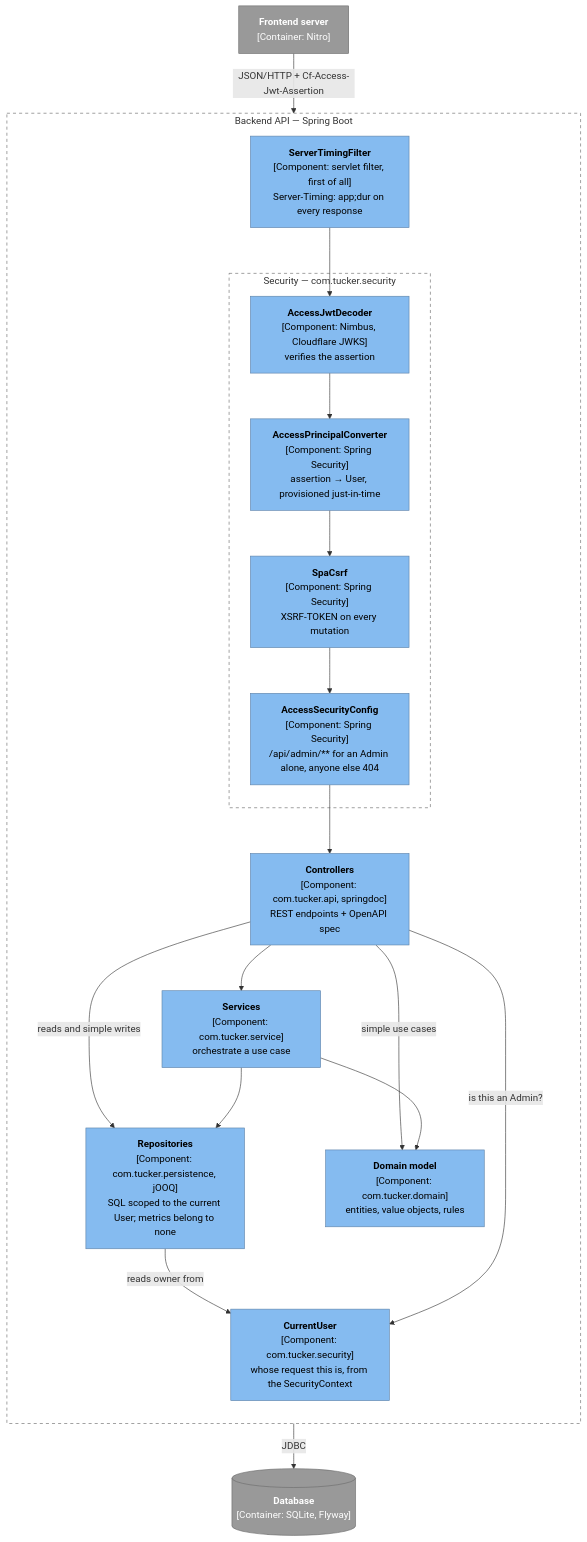
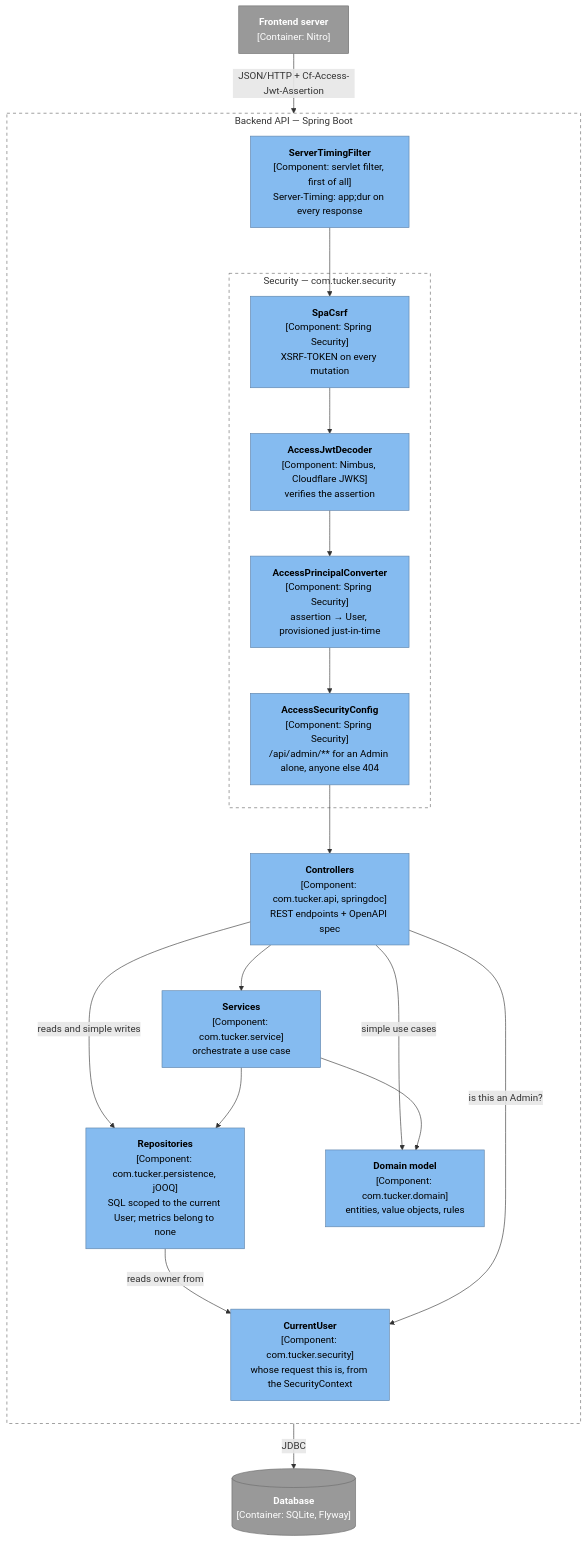
One commit to skrymer/tucker changed the fourth of 10 diagrams in docs/architecture.md. Above: the diagram before and after it, drawn with Mermaid.

Commit message:
Draw the security chain in the order Spring runs it: CSRF before the assertion (#521)

````diff
--- a/docs/architecture.md
+++ b/docs/architecture.md
@@ -160,41 +160,41 @@
 ```mermaid
 flowchart TD
   web["<b>Frontend server</b><br/>[Container: Nitro]"]:::ext
 
   subgraph api["Backend API — Spring Boot"]
     direction TB
     timing["<b>ServerTimingFilter</b><br/>[Component: servlet filter, first of all]<br/>Server-Timing: app;dur on every response"]:::component
     subgraph sec["Security — com.tucker.security"]
       jwt["<b>AccessJwtDecoder</b><br/>[Component: Nimbus, Cloudflare JWKS]<br/>verifies the assertion"]:::component
       principal["<b>AccessPrincipalConverter</b><br/>[Component: Spring Security]<br/>assertion → User, provisioned just-in-time"]:::component
       csrf["<b>SpaCsrf</b><br/>[Component: Spring Security]<br/>XSRF-TOKEN on every mutation"]:::component
       authz["<b>AccessSecurityConfig</b><br/>[Component: Spring Security]<br/>/api/admin/** for an Admin alone, anyone else 404"]:::component
     end
     current["<b>CurrentUser</b><br/>[Component: com.tucker.security]<br/>whose request this is, from the SecurityContext"]:::component
     controllers["<b>Controllers</b><br/>[Component: com.tucker.api, springdoc]<br/>REST endpoints + OpenAPI spec"]:::component
     services["<b>Services</b><br/>[Component: com.tucker.service]<br/>orchestrate a use case"]:::component
     domain["<b>Domain model</b><br/>[Component: com.tucker.domain]<br/>entities, value objects, rules"]:::component
     repos["<b>Repositories</b><br/>[Component: com.tucker.persistence, jOOQ]<br/>SQL scoped to the current User; metrics belong to none"]:::component
   end
   db[("<b>Database</b><br/>[Container: SQLite, Flyway]")]:::ext
 
   web -- "JSON/HTTP + Cf-Access-Jwt-Assertion" --> timing
-  timing --> jwt
+  timing --> csrf
+  csrf --> jwt
   jwt --> principal
-  principal --> csrf
-  csrf --> authz
+  principal --> authz
   authz --> controllers
   controllers --> services
   controllers -- "reads and simple writes" --> repos
   controllers -- "simple use cases" --> domain
   services --> domain
   services --> repos
   repos -- "reads owner from" --> current
   controllers -- "is this an Admin?" --> current
   repos -- "JDBC" --> db
 
   classDef component fill:#85bbf0,color:#000,stroke:#5d82a8
   classDef ext fill:#999,color:#fff,stroke:#6b6b6b
   style api fill:none,stroke:#666,stroke-dasharray:5 5
   style sec fill:none,stroke:#666,stroke-dasharray:5 5
 ```
````
